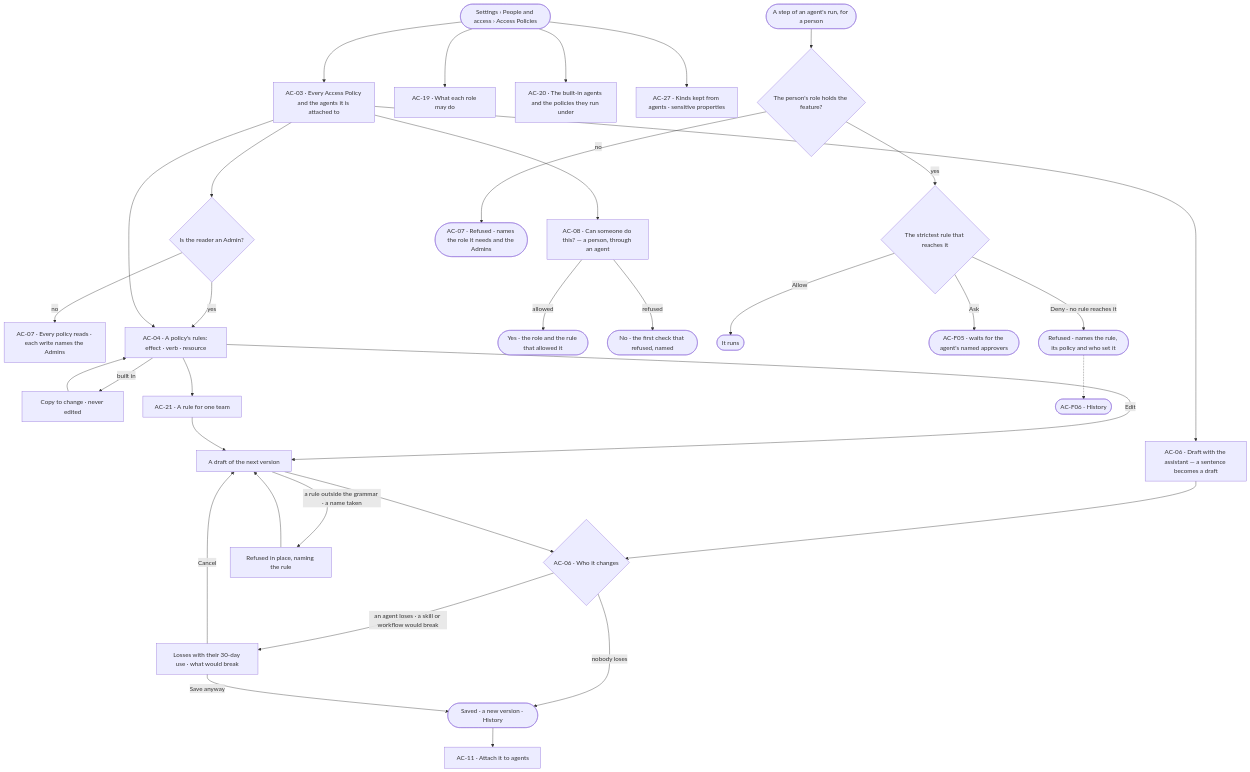
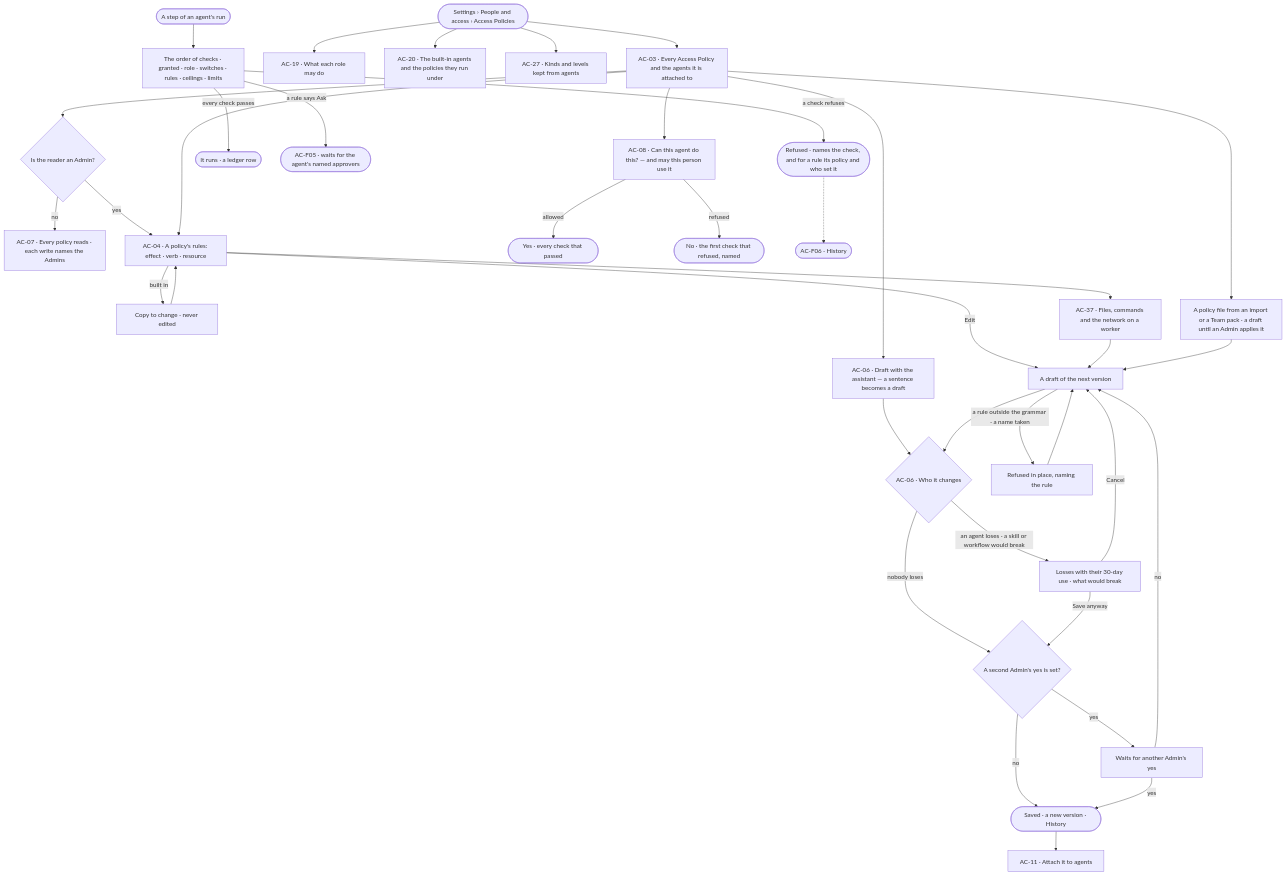
The first of 2 diagrams in specs/os/access/features/AC-F02-access-policies/feature.md (invana/invana), drawn with Mermaid before and after one commit. The commit also changed other lines of this file and 300 other files, not shown here.

````diff
--- a/specs/os/access/features/AC-F02-access-policies/feature.md
+++ b/specs/os/access/features/AC-F02-access-policies/feature.md
@@ -28,35 +29,39 @@
 ```mermaid
 flowchart TD
   start([Settings › People and access › Access Policies]) --> list["AC-03 · Every Access Policy and the agents it is attached to"]
   list --> who{"Is the reader an Admin?"}
   who -->|no| ro["AC-07 · Every policy reads · each write names the Admins"]
   who -->|yes| open["AC-04 · A policy's rules: effect · verb · resource"]
   list --> open
   open -->|built in| copy["Copy to change · never edited"] --> open
-  open --> team["AC-21 · A rule for one team"]
+  open --> wk["AC-37 · Files, commands and the network on a worker"]
   list --> draft["AC-06 · Draft with the assistant — a sentence becomes a draft"]
+  list --> imp0["A policy file from an import or a Team pack · a draft until an Admin applies it"]
   open -->|Edit| edit["A draft of the next version"]
-  team --> edit
+  wk --> edit
+  imp0 --> edit
   draft --> imp{"AC-06 · Who it changes"}
   edit --> imp
-  imp -->|nobody loses| save(["Saved · a new version · History"])
+  imp -->|nobody loses| sv{"A second Admin's yes is set?"}
   imp -->|an agent loses · a skill or workflow would break| warn["Losses with their 30-day use · what would break"]
-  warn -->|Save anyway| save
+  warn -->|Save anyway| sv
   warn -->|Cancel| edit
+  sv -->|no| save(["Saved · a new version · History"])
+  sv -->|yes| two["Waits for another Admin's yes"]
+  two -->|yes| save
+  two -->|no| edit
   edit -->|a rule outside the grammar · a name taken| ref["Refused in place, naming the rule"]
   ref --> edit
   save --> att["AC-11 · Attach it to agents"]
-  list --> chk["AC-08 · Can someone do this? — a person, through an agent"]
-  chk -->|allowed| yes(["Yes · the role and the rule that allowed it"])
+  list --> chk["AC-08 · Can this agent do this? — and may this person use it"]
+  chk -->|allowed| yes(["Yes · every check that passed"])
   chk -->|refused| no(["No · the first check that refused, named"])
   start --> roles["AC-19 · What each role may do"]
   start --> bi["AC-20 · The built-in agents and the policies they run under"]
-  start --> kept["AC-27 · Kinds kept from agents · sensitive properties"]
-  run([A step of an agent's run, for a person]) --> role{"The person's role holds the feature?"}
-  role -->|no| locked(["AC-07 · Refused · names the role it needs and the Admins"])
-  role -->|yes| gate{"The strictest rule that reaches it"}
-  gate -->|Allow| go(["It runs"])
-  gate -->|Ask| askf(["AC-F05 · waits for the agent's named approvers"])
-  gate -->|Deny · no rule reaches it| blk(["Refused · names the rule, its policy and who set it"])
+  start --> kept["AC-27 · Kinds and levels kept from agents"]
+  run([A step of an agent's run]) --> order["The order of checks · granted · role · switches · rules · ceilings · limits"]
+  order -->|every check passes| go(["It runs · a ledger row"])
+  order -->|a rule says Ask| askf(["AC-F05 · waits for the agent's named approvers"])
+  order -->|a check refuses| blk(["Refused · names the check, and for a rule its policy and who set it"])
   blk -.-> hist(["AC-F06 · History"])
 ```
````
